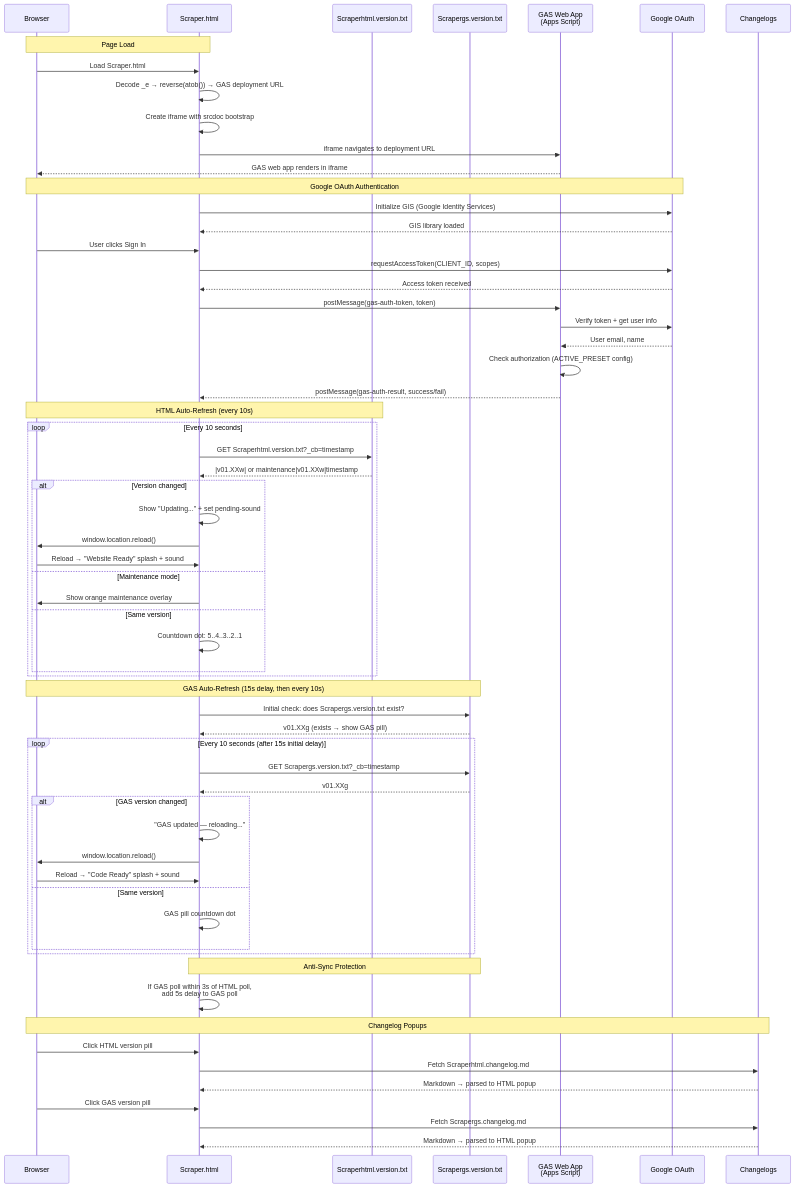
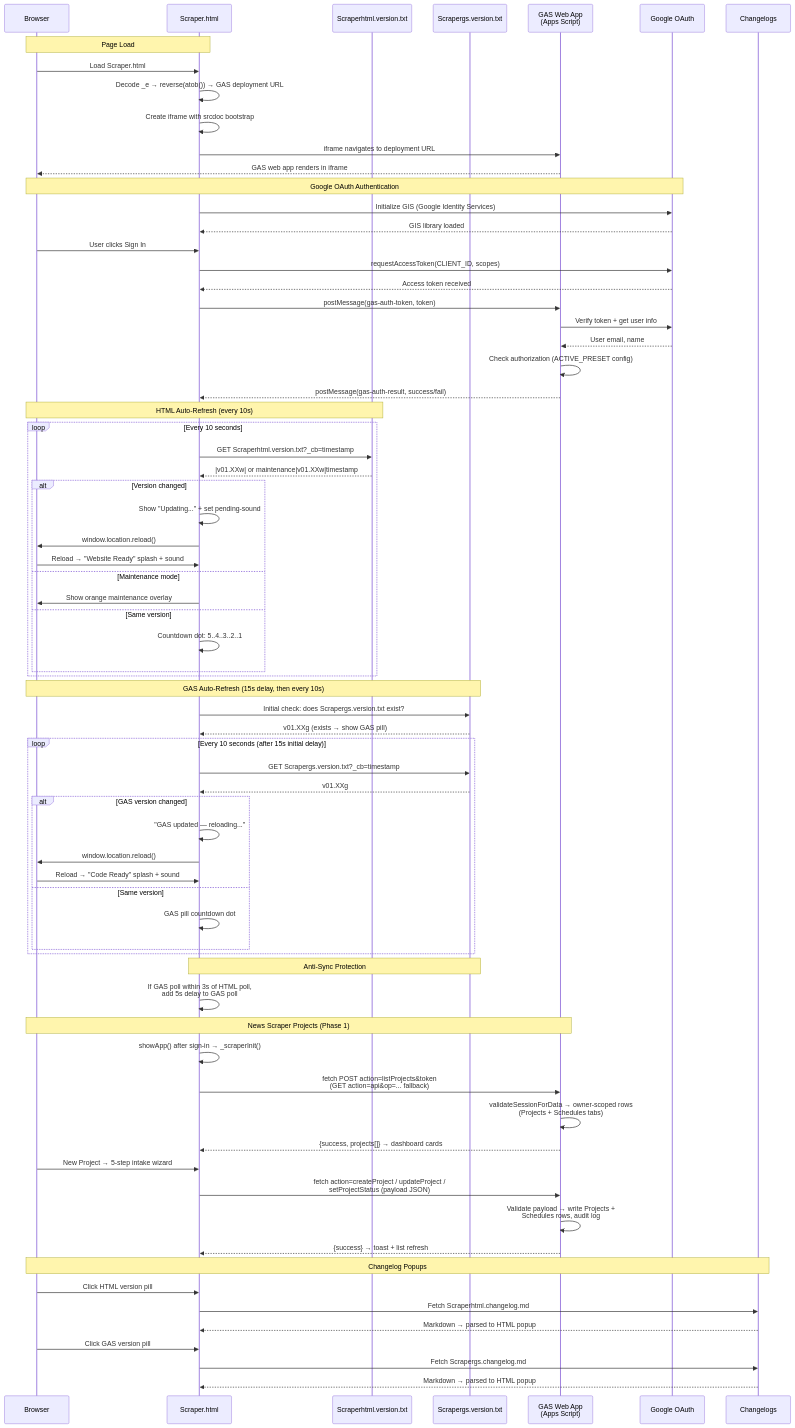
One commit to LightAISolutions/Sales changed the diagram in repository-information/diagrams/Scraper-diagram.md. Above: the diagram before and after it, drawn with Mermaid. The commit also changed other lines of this file and 9 other files, not shown here.

First line of the commit message:
v01.50r v01.05g v01.05w Scraper News Scraper Phase 1 — data model + project intake wizard

````diff
--- a/repository-information/diagrams/Scraper-diagram.md
+++ b/repository-information/diagrams/Scraper-diagram.md
@@ -7,71 +7,81 @@
 ```mermaid
 sequenceDiagram
     participant Browser
     participant HTML as Scraper.html
     participant HV as Scraperhtml.version.txt
     participant GV as Scrapergs.version.txt
     participant GAS as GAS Web App<br>(Apps Script)
     participant Google as Google OAuth
     participant CL as Changelogs
 
     Note over Browser,HTML: Page Load
     Browser->>HTML: Load Scraper.html
     HTML->>HTML: Decode _e → reverse(atob()) → GAS deployment URL
     HTML->>HTML: Create iframe with srcdoc bootstrap
     HTML->>GAS: iframe navigates to deployment URL
     GAS-->>Browser: GAS web app renders in iframe
 
     Note over Browser,Google: Google OAuth Authentication
     HTML->>Google: Initialize GIS (Google Identity Services)
     Google-->>HTML: GIS library loaded
     Browser->>HTML: User clicks Sign In
     HTML->>Google: requestAccessToken(CLIENT_ID, scopes)
     Google-->>HTML: Access token received
     HTML->>GAS: postMessage(gas-auth-token, token)
     GAS->>Google: Verify token + get user info
     Google-->>GAS: User email, name
     GAS->>GAS: Check authorization (ACTIVE_PRESET config)
     GAS-->>HTML: postMessage(gas-auth-result, success/fail)
 
     Note over Browser,HV: HTML Auto-Refresh (every 10s)
     loop Every 10 seconds
         HTML->>HV: GET Scraperhtml.version.txt?_cb=timestamp
         HV-->>HTML: |v01.XXw| or maintenance|v01.XXw|timestamp
         alt Version changed
             HTML->>HTML: Show "Updating..." + set pending-sound
             HTML->>Browser: window.location.reload()
             Browser->>HTML: Reload → "Website Ready" splash + sound
         else Maintenance mode
             HTML->>Browser: Show orange maintenance overlay
         else Same version
             HTML->>HTML: Countdown dot: 5..4..3..2..1
         end
     end
 
     Note over Browser,GV: GAS Auto-Refresh (15s delay, then every 10s)
     HTML->>GV: Initial check: does Scrapergs.version.txt exist?
     GV-->>HTML: v01.XXg (exists → show GAS pill)
     loop Every 10 seconds (after 15s initial delay)
         HTML->>GV: GET Scrapergs.version.txt?_cb=timestamp
         GV-->>HTML: v01.XXg
         alt GAS version changed
             HTML->>HTML: "GAS updated — reloading..."
             HTML->>Browser: window.location.reload()
             Browser->>HTML: Reload → "Code Ready" splash + sound
         else Same version
             HTML->>HTML: GAS pill countdown dot
         end
     end
 
     Note over HTML,GV: Anti-Sync Protection
     HTML->>HTML: If GAS poll within 3s of HTML poll,<br>add 5s delay to GAS poll
 
+    Note over Browser,GAS: News Scraper Projects (Phase 1)
+    HTML->>HTML: showApp() after sign-in → _scraperInit()
+    HTML->>GAS: fetch POST action=listProjects&token<br>(GET action=api&op=... fallback)
+    GAS->>GAS: validateSessionForData → owner-scoped rows<br>(Projects + Schedules tabs)
+    GAS-->>HTML: {success, projects[]} → dashboard cards
+    Browser->>HTML: New Project → 5-step intake wizard
+    HTML->>GAS: fetch action=createProject / updateProject /<br>setProjectStatus (payload JSON)
+    GAS->>GAS: Validate payload → write Projects +<br>Schedules rows, audit log
+    GAS-->>HTML: {success} → toast + list refresh
+
     Note over Browser,CL: Changelog Popups
     Browser->>HTML: Click HTML version pill
     HTML->>CL: Fetch Scraperhtml.changelog.md
     CL-->>HTML: Markdown → parsed to HTML popup
 
     Browser->>HTML: Click GAS version pill
     HTML->>CL: Fetch Scrapergs.changelog.md
     CL-->>HTML: Markdown → parsed to HTML popup
 ```
````
